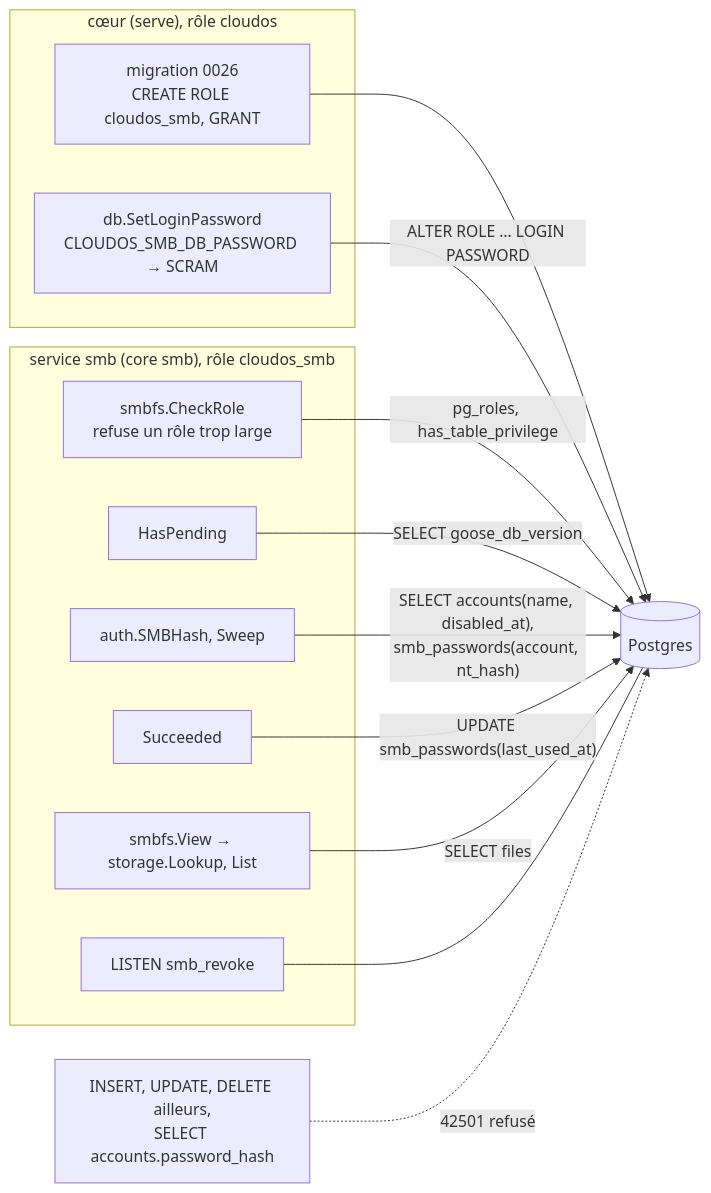
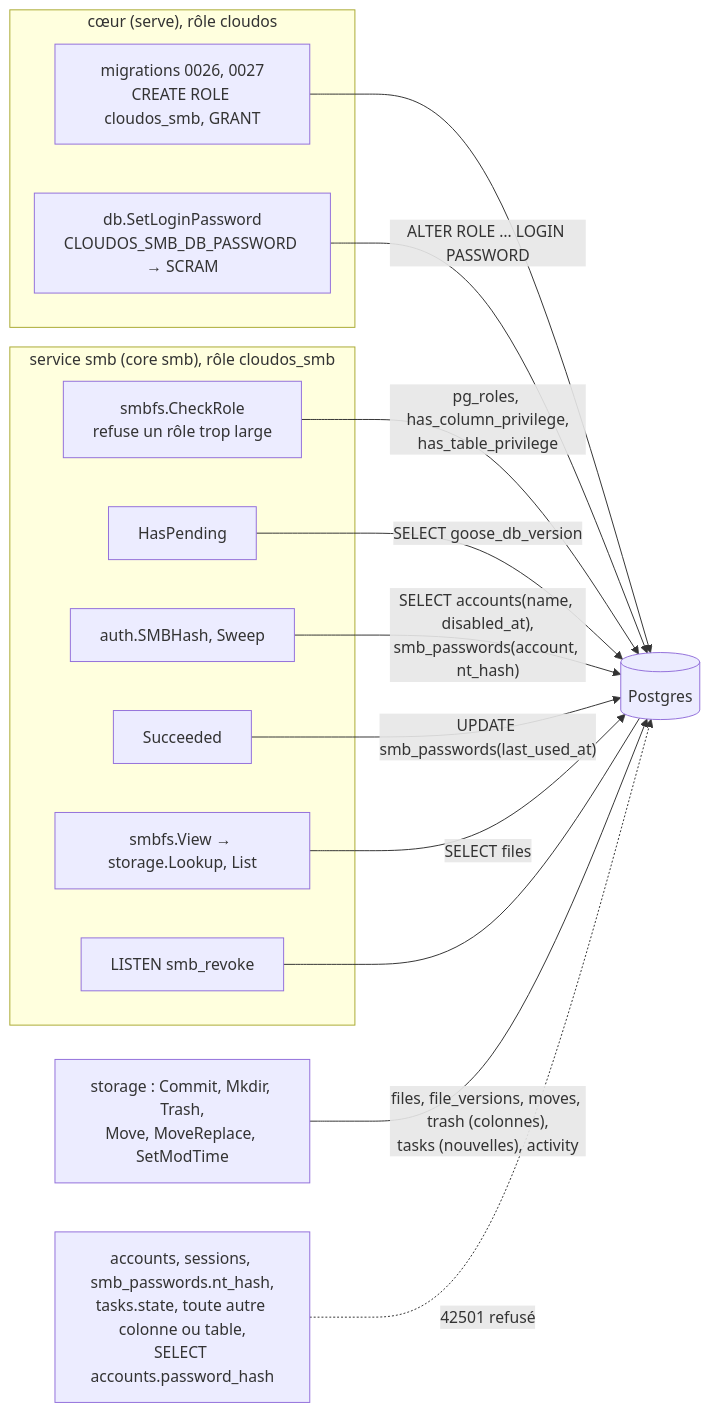
One commit to C2-POLY/cloud-os changed the fourth of 4 diagrams in docs/architecture/smb.md. Above: the diagram before and after it, drawn with Mermaid. The commit also changed other lines of this file and 35 other files, not shown here.

First line of the commit message:
feat(drive): write to the drive over SMB through storage (#106)

````diff
--- a/docs/architecture/smb.md
+++ b/docs/architecture/smb.md
@@ -106,24 +161,26 @@
 ```mermaid
 flowchart LR
   subgraph core["cœur (serve), rôle cloudos"]
-    M["migration 0026<br>CREATE ROLE cloudos_smb, GRANT"]
+    M["migrations 0026, 0027<br>CREATE ROLE cloudos_smb, GRANT"]
     P["db.SetLoginPassword<br>CLOUDOS_SMB_DB_PASSWORD → SCRAM"]
   end
   subgraph smb["service smb (core smb), rôle cloudos_smb"]
     K["smbfs.CheckRole<br>refuse un rôle trop large"]
     H["HasPending"]
     A["auth.SMBHash, Sweep"]
     S["Succeeded"]
     V["smbfs.View → storage.Lookup, List"]
     L["LISTEN smb_revoke"]
   end
   M --> DB[("Postgres")]
   P -->|"ALTER ROLE … LOGIN PASSWORD"| DB
-  K -->|"pg_roles, has_table_privilege"| DB
+  K -->|"pg_roles, has_column_privilege,<br>has_table_privilege"| DB
   H -->|"SELECT goose_db_version"| DB
   A -->|"SELECT accounts(name, disabled_at),<br>smb_passwords(account, nt_hash)"| DB
   S -->|"UPDATE smb_passwords(last_used_at)"| DB
   V -->|"SELECT files"| DB
   L --- DB
-  X["INSERT, UPDATE, DELETE ailleurs,<br>SELECT accounts.password_hash"] -. "42501 refusé" .-> DB
+  W["storage : Commit, Mkdir, Trash,<br>Move, MoveReplace, SetModTime"]
+  W -->|"files, file_versions, moves, trash (colonnes),<br>tasks (nouvelles), activity"| DB
+  X["accounts, sessions, smb_passwords.nt_hash,<br>tasks.state, toute autre colonne ou table,<br>SELECT accounts.password_hash"] -. "42501 refusé" .-> DB
 ```
````
